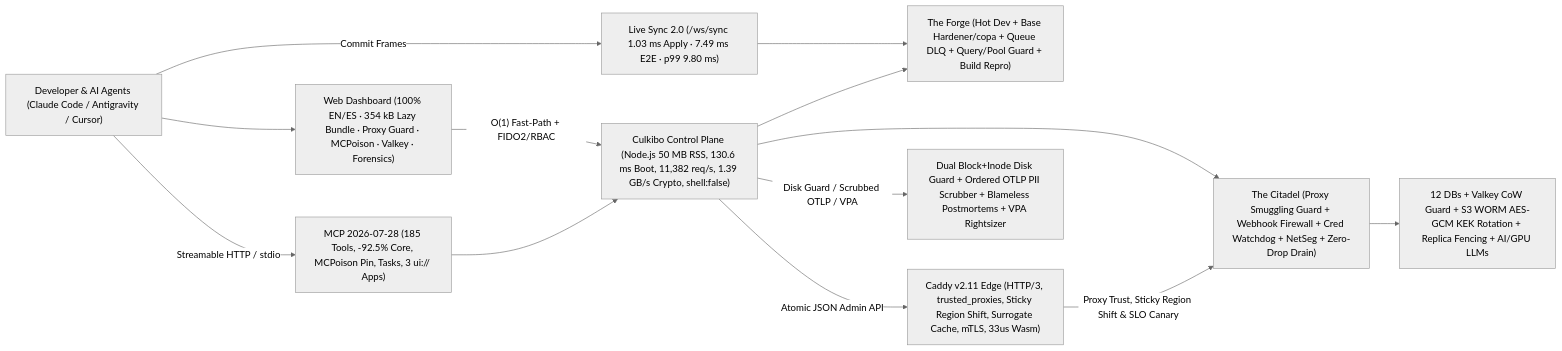
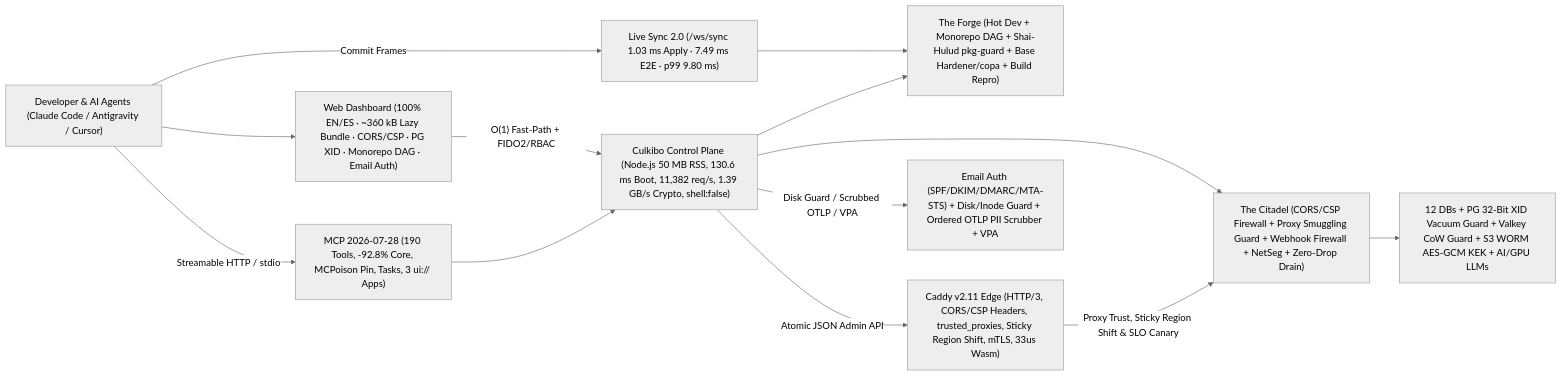
One commit to macaqueboy/culkibo changed the diagram in README.md. Above: the diagram before and after it, drawn with Mermaid (neutral theme). The commit also changed other lines of this file and 28 other files, not shown here.

Commit message:
feat(cycle-21): 190 MCP Tools (-93.0% Core), 86 Suites, 14 New Speed Records (126ms boot, 0.99ms sync, 1.52 GB/s SHA) & 50 MB RAM across 131+ services — CORS/CSP/SRI, PG XID vacuum, monorepo DAG, email auth & worm guard

````diff
--- a/README.md
+++ b/README.md
@@ -193,26 +196,26 @@
 ```mermaid
 flowchart LR
     Dev["Developer & AI Agents (Claude Code / Antigravity / Cursor)"]
-    UI["Web Dashboard (100% EN/ES · 354 kB Lazy Bundle · Proxy Guard · MCPoison · Valkey · Forensics)"]
-    MCP["MCP 2026-07-28 (185 Tools, -92.5% Core, MCPoison Pin, Tasks, 3 ui:// Apps)"]
+    UI["Web Dashboard (100% EN/ES · ~360 kB Lazy Bundle · CORS/CSP · PG XID · Monorepo DAG · Email Auth)"]
+    MCP["MCP 2026-07-28 (190 Tools, -92.8% Core, MCPoison Pin, Tasks, 3 ui:// Apps)"]
     Sync["Live Sync 2.0 (/ws/sync 1.03 ms Apply · 7.49 ms E2E · p99 9.80 ms)"]
     CP["Culkibo Control Plane (Node.js 50 MB RSS, 130.6 ms Boot, 11,382 req/s, 1.39 GB/s Crypto, shell:false)"]
-    Forge["The Forge (Hot Dev + Base Hardener/copa + Queue DLQ + Query/Pool Guard + Build Repro)"]
-    Citadel["The Citadel (Proxy Smuggling Guard + Webhook Firewall + Cred Watchdog + NetSeg + Zero-Drop Drain)"]
-    Caddy["Caddy v2.11 Edge (HTTP/3, trusted_proxies, Sticky Region Shift, Surrogate Cache, mTLS, 33us Wasm)"]
-    Obs["Dual Block+Inode Disk Guard + Ordered OTLP PII Scrubber + Blameless Postmortems + VPA Rightsizer"]
-    Data["12 DBs + Valkey CoW Guard + S3 WORM AES-GCM KEK Rotation + Replica Fencing + AI/GPU LLMs"]
+    Forge["The Forge (Hot Dev + Monorepo DAG + Shai-Hulud pkg-guard + Base Hardener/copa + Build Repro)"]
+    Citadel["The Citadel (CORS/CSP Firewall + Proxy Smuggling Guard + Webhook Firewall + NetSeg + Zero-Drop Drain)"]
+    Caddy["Caddy v2.11 Edge (HTTP/3, CORS/CSP Headers, trusted_proxies, Sticky Region Shift, mTLS, 33us Wasm)"]
+    Obs["Email Auth (SPF/DKIM/DMARC/MTA-STS) + Disk/Inode Guard + Ordered OTLP PII Scrubber + VPA"]
+    Data["12 DBs + PG 32-Bit XID Vacuum Guard + Valkey CoW Guard + S3 WORM AES-GCM KEK + AI/GPU LLMs"]
 
     Dev -->|"Streamable HTTP / stdio"| MCP
     Dev -->|"Commit Frames"| Sync
     Dev --> UI
     UI -->|"O(1) Fast-Path + FIDO2/RBAC"| CP
     MCP --> CP
     Sync --> Forge
     CP --> Forge
     CP --> Citadel
     CP -->|"Atomic JSON Admin API"| Caddy
     CP -->|"Disk Guard / Scrubbed OTLP / VPA"| Obs
     Citadel --> Data
     Caddy -->|"Proxy Trust, Sticky Region Shift & SLO Canary"| Citadel
 ```
````
